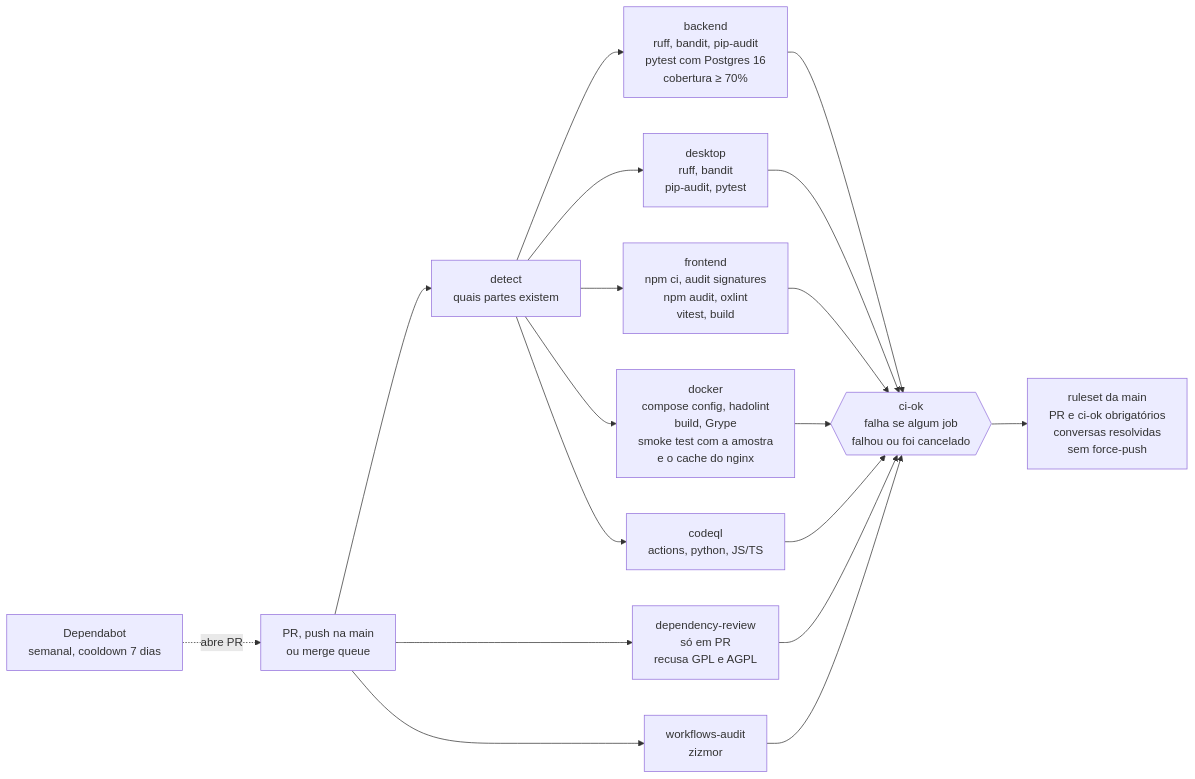
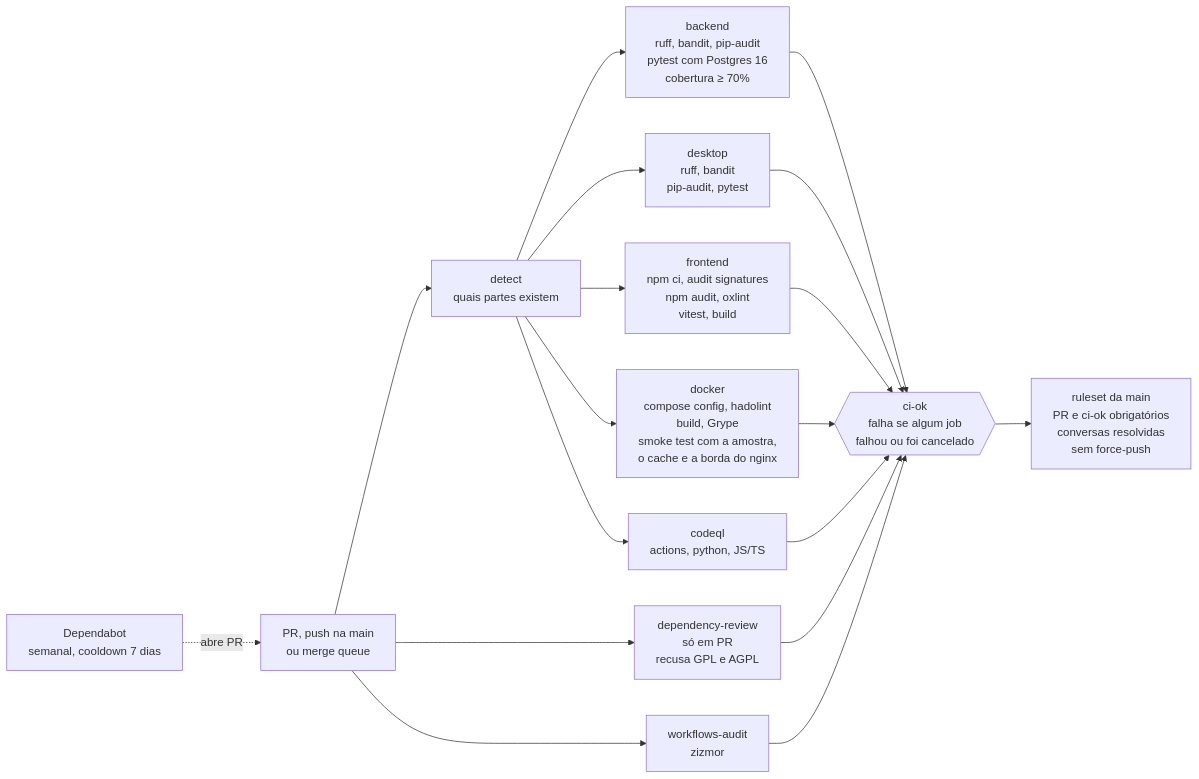
The fifth of 5 diagrams in docs/arquitetura.md (cerfdotdev/radar-publico), drawn with Mermaid before and after one commit. The commit also changed other lines of this file and 2 other files, not shown here.

First line of the commit message:
docs: limites da borda, recursos dos containers e deploy

````diff
--- a/docs/arquitetura.md
+++ b/docs/arquitetura.md
@@ -265,22 +280,22 @@
 ```mermaid
 flowchart LR
     ev["PR, push na main<br/>ou merge queue"]
     det["detect<br/>quais partes existem"]
     be["backend<br/>ruff, bandit, pip-audit<br/>pytest com Postgres 16<br/>cobertura ≥ 70%"]
     dk["desktop<br/>ruff, bandit<br/>pip-audit, pytest"]
     fe["frontend<br/>npm ci, audit signatures<br/>npm audit, oxlint<br/>vitest, build"]
-    dock["docker<br/>compose config, hadolint<br/>build, Grype<br/>smoke test com a amostra<br/>e o cache do nginx"]
+    dock["docker<br/>compose config, hadolint<br/>build, Grype<br/>smoke test com a amostra,<br/>o cache e a borda do nginx"]
     cq["codeql<br/>actions, python, JS/TS"]
     dr["dependency-review<br/>só em PR<br/>recusa GPL e AGPL"]
     wa["workflows-audit<br/>zizmor"]
     ok{{"ci-ok<br/>falha se algum job<br/>falhou ou foi cancelado"}}
     rs["ruleset da main<br/>PR e ci-ok obrigatórios<br/>conversas resolvidas<br/>sem force-push"]
     dep["Dependabot<br/>semanal, cooldown 7 dias"]
 
     ev --> det
     det --> be & dk & fe & dock & cq
     ev --> dr & wa
     be & dk & fe & dock & cq & dr & wa --> ok
     ok --> rs
     dep -. "abre PR" .-> ev
 ```
````
